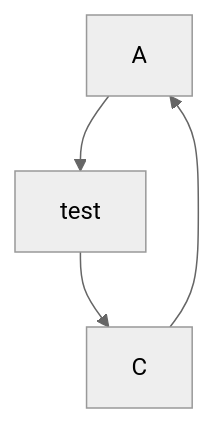
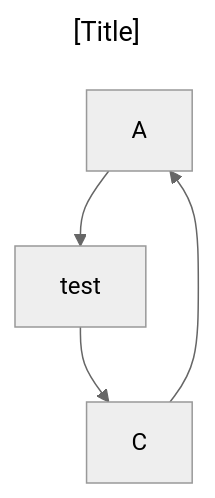
Before and after one commit to yuuta-git12/knowledge_base: the diagram in ツール/Mermaid/MermaidをVSCodeで使う場合.md, drawn with Mermaid (neutral theme).

Commit message:
[update]mermaidタイトル挿入方法追加

````diff
--- a/ツール/Mermaid/MermaidをVSCodeで使う場合.md
+++ b/ツール/Mermaid/MermaidをVSCodeで使う場合.md
@@ -8,6 +8,10 @@
 ```mermaid
+---
+title: "[Title]"
+---
+
 flowchart TB
     A --> B[test]
     B --> C
     C --> A
 ```
````
